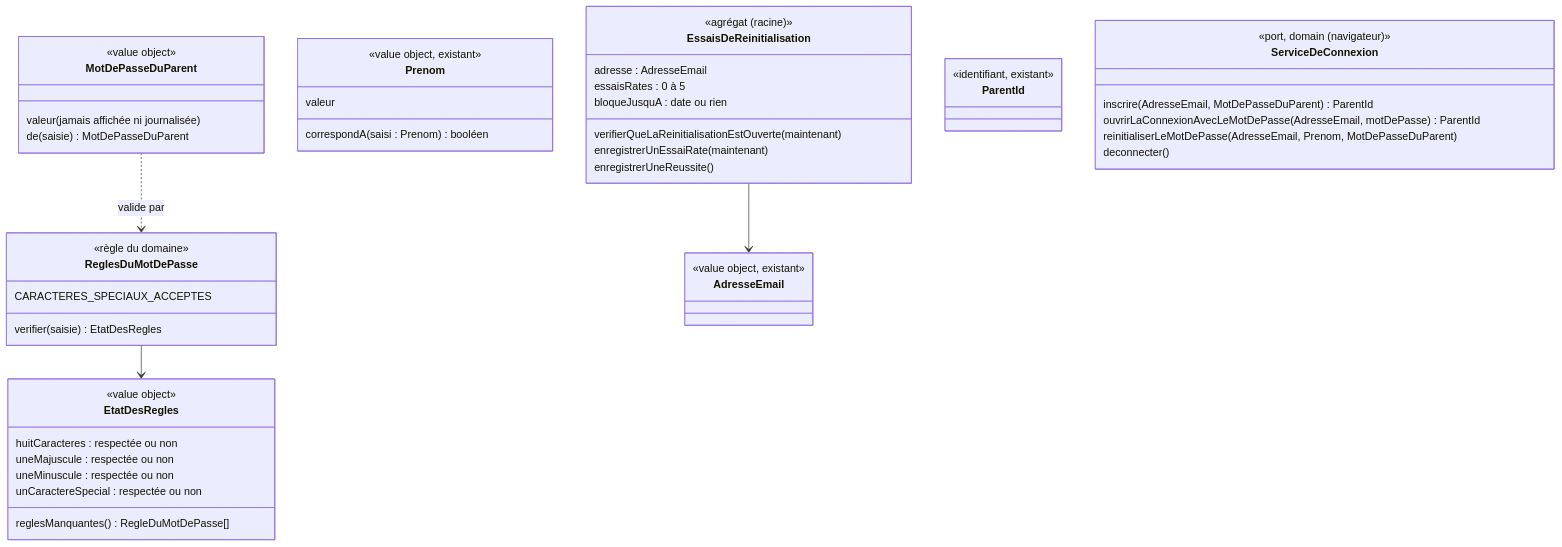
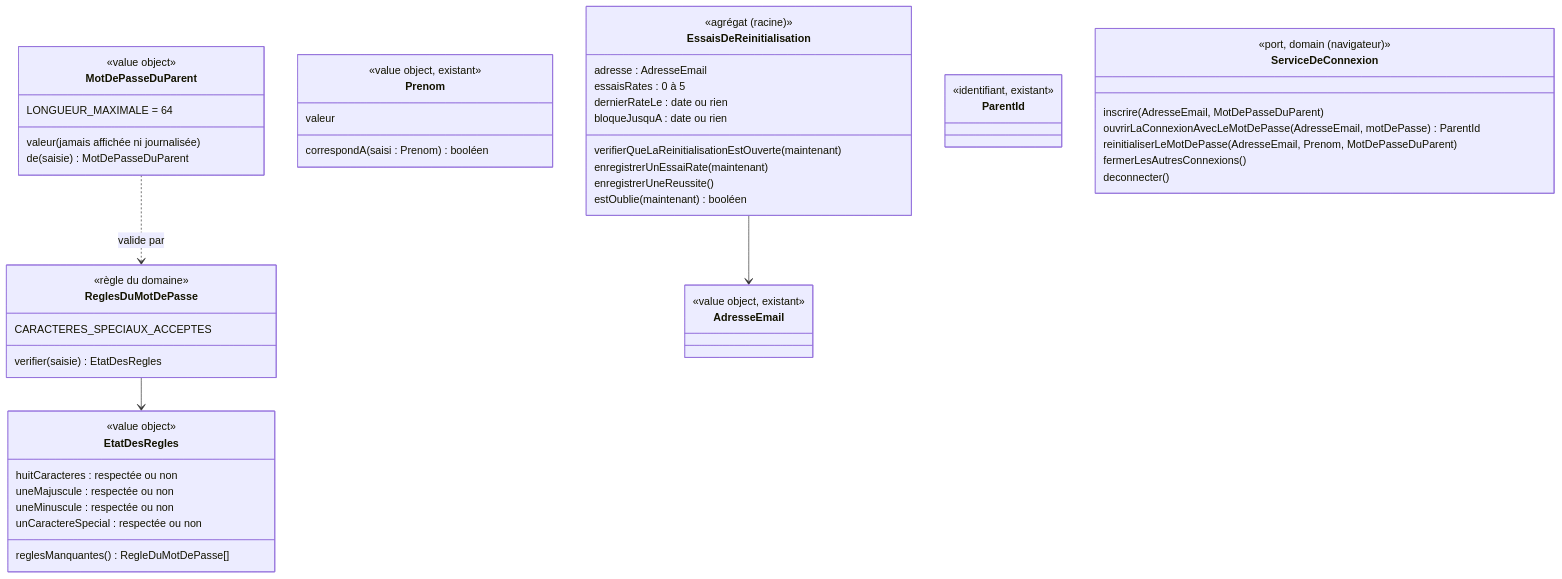
The diagram in docs/stories/72/domain-model.md (SBA-dev/github-move), drawn with Mermaid before and after one commit. The commit also changed other lines of this file and 4 other files, not shown here.

````diff
--- a/docs/stories/72/domain-model.md
+++ b/docs/stories/72/domain-model.md
@@ -42,51 +48,55 @@
 ```mermaid
 classDiagram
   class MotDePasseDuParent {
     <<value object>>
     valeur (jamais affichée ni journalisée)
     de(saisie) MotDePasseDuParent
+    LONGUEUR_MAXIMALE = 64
   }
   class ReglesDuMotDePasse {
     <<règle du domaine>>
     verifier(saisie) EtatDesRegles
     CARACTERES_SPECIAUX_ACCEPTES
   }
   class EtatDesRegles {
     <<value object>>
     huitCaracteres : respectée ou non
     uneMajuscule : respectée ou non
     uneMinuscule : respectée ou non
     unCaractereSpecial : respectée ou non
     reglesManquantes() RegleDuMotDePasse[]
   }
   class Prenom {
     <<value object, existant>>
     valeur
     correspondA(saisi : Prenom) booléen
   }
   class EssaisDeReinitialisation {
     <<agrégat (racine)>>
     adresse : AdresseEmail
     essaisRates : 0 à 5
+    dernierRateLe : date ou rien
     bloqueJusquA : date ou rien
     verifierQueLaReinitialisationEstOuverte(maintenant)
     enregistrerUnEssaiRate(maintenant)
     enregistrerUneReussite()
+    estOublie(maintenant) booléen
   }
   class AdresseEmail {
     <<value object, existant>>
   }
   class ParentId {
     <<identifiant, existant>>
   }
   class ServiceDeConnexion {
     <<port, domain (navigateur)>>
-    inscrire(AdresseEmail, MotDePasseDuParent) ParentId
+    inscrire(AdresseEmail, MotDePasseDuParent)
     ouvrirLaConnexionAvecLeMotDePasse(AdresseEmail, motDePasse) ParentId
     reinitialiserLeMotDePasse(AdresseEmail, Prenom, MotDePasseDuParent)
+    fermerLesAutresConnexions()
     deconnecter()
   }
   MotDePasseDuParent ..> ReglesDuMotDePasse : valide par
   ReglesDuMotDePasse --> EtatDesRegles
   EssaisDeReinitialisation --> AdresseEmail
 ```
````
